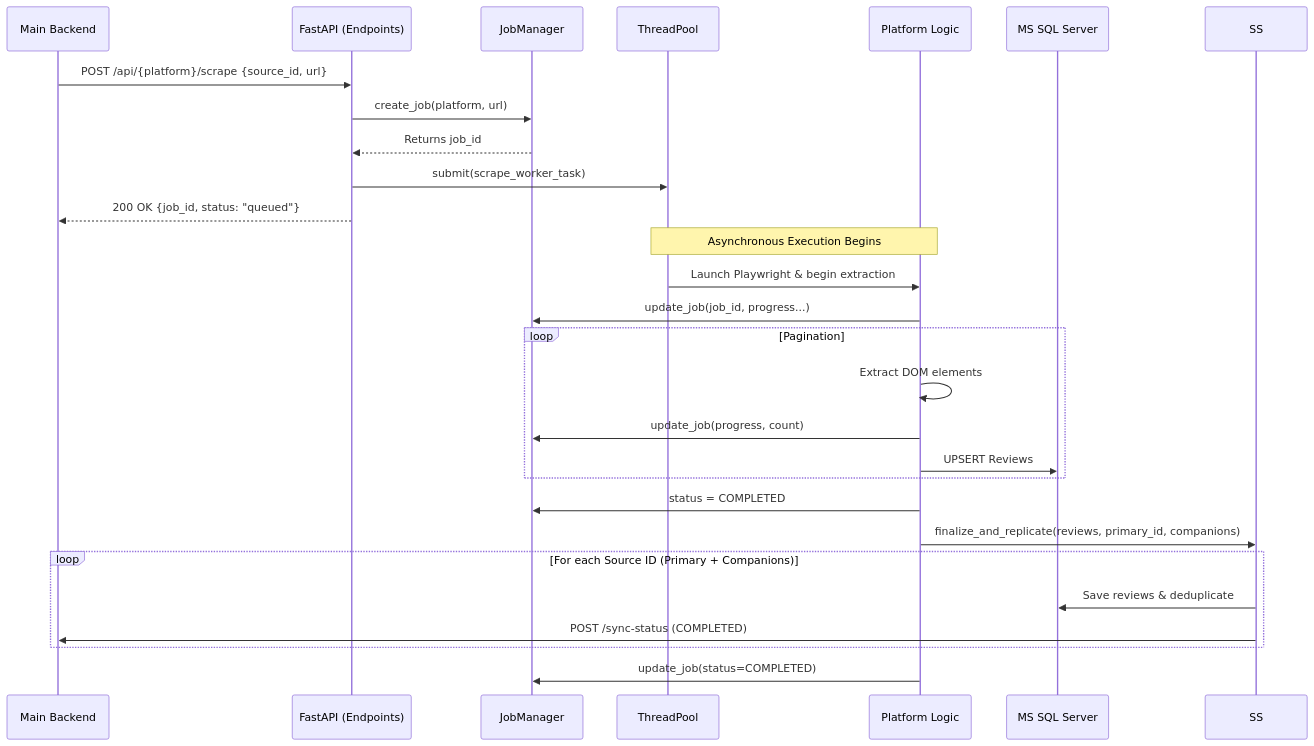
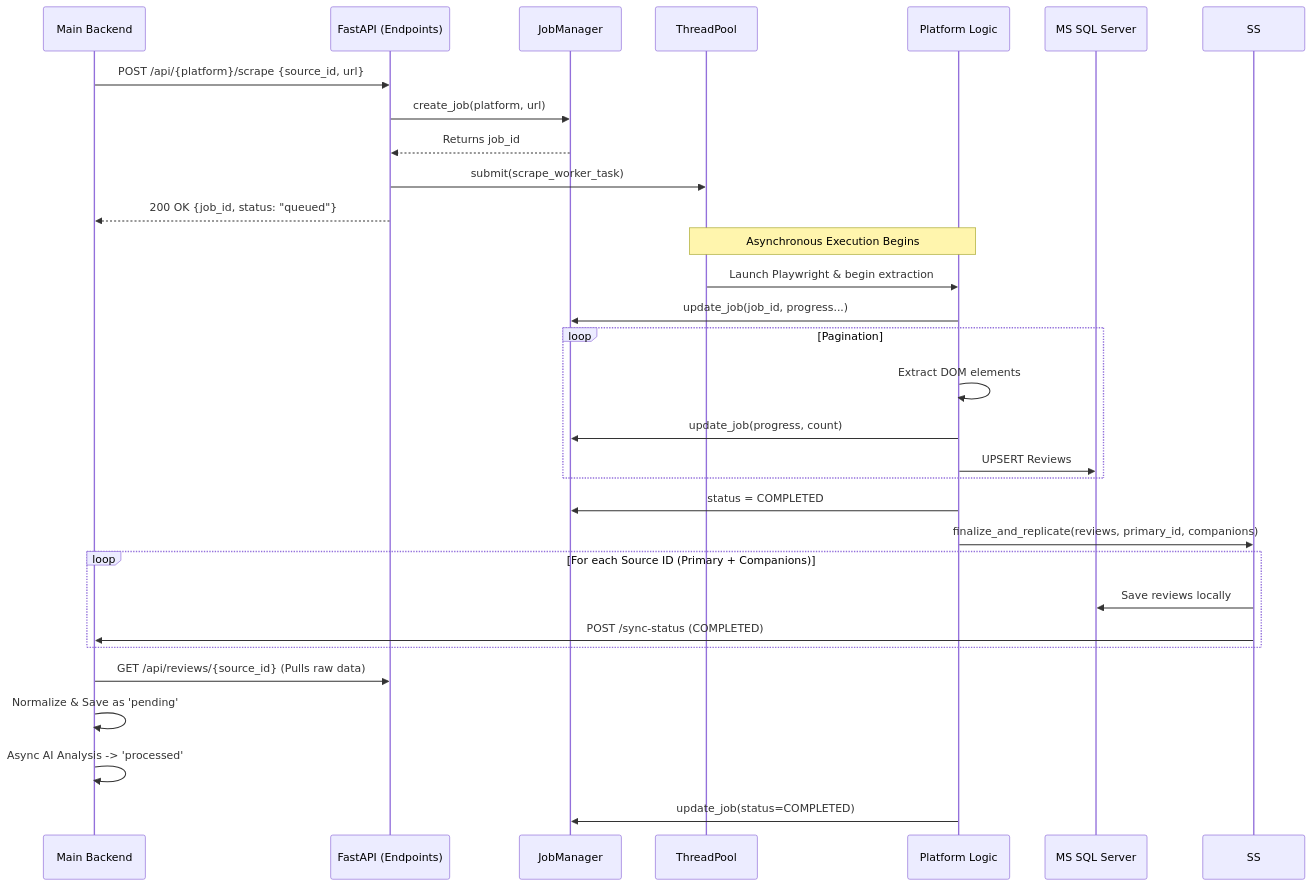
One commit to Rzmy7/hotel-and-restaurant-review-management-system changed the diagram in microservices/scraper_engine/docs/about.md. Above: the diagram before and after it, drawn with Mermaid. The commit also changed other lines of this file and 17 other files, not shown here.

````diff
--- a/microservices/scraper_engine/docs/about.md
+++ b/microservices/scraper_engine/docs/about.md
@@ -55,34 +55,37 @@
 ```mermaid
 sequenceDiagram
     participant B as Main Backend
     participant API as FastAPI (Endpoints)
     participant JM as JobManager
     participant TP as ThreadPool
     participant PL as Platform Logic
     participant DB as MS SQL Server
 
     B->>API: POST /api/{platform}/scrape {source_id, url}
     API->>JM: create_job(platform, url)
     JM-->>API: Returns job_id
     API->>TP: submit(scrape_worker_task)
     API-->>B: 200 OK {job_id, status: "queued"}
     
     Note over TP, PL: Asynchronous Execution Begins
 
     TP->>PL: Launch Playwright & begin extraction
     PL->>JM: update_job(job_id, progress...)
     
     loop Pagination
         PL->>PL: Extract DOM elements
         PL->>JM: update_job(progress, count)
         PL->>DB: UPSERT Reviews
     end
     
     PL->>JM: status = COMPLETED
     PL->>SS: finalize_and_replicate(reviews, primary_id, companions)
     loop For each Source ID (Primary + Companions)
-        SS->>DB: Save reviews & deduplicate
+        SS->>DB: Save reviews locally
         SS->>B: POST /sync-status (COMPLETED)
     end
+    B->>API: GET /api/reviews/{source_id} (Pulls raw data)
+    B->>B: Normalize & Save as 'pending'
+    B->>B: Async AI Analysis -> 'processed'
     PL->>JM: update_job(status=COMPLETED)
 ```
````
